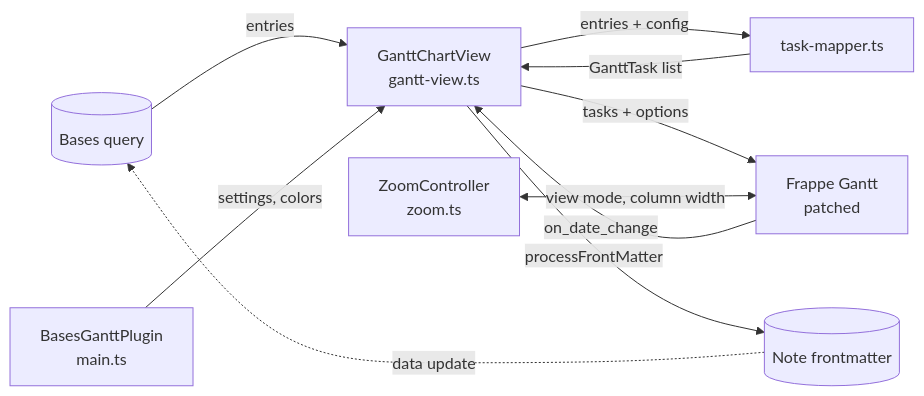
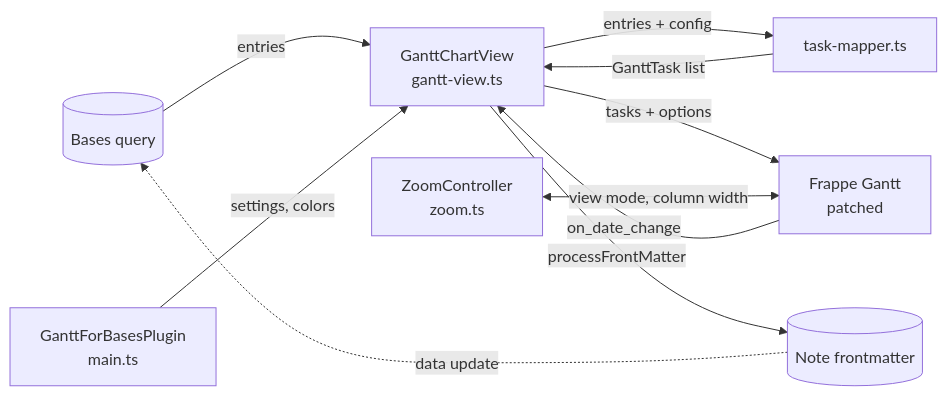
One commit to beathvn/obsidian-bases-gantt changed the diagram in docs/README.md. Above: the diagram before and after it, drawn with Mermaid. The commit also changed other lines of this file and 28 other files, not shown here.

````diff
--- a/docs/README.md
+++ b/docs/README.md
@@ -22,12 +22,12 @@
 ```mermaid
 flowchart LR
     Bases[(Bases query)] -->|entries| View[GanttChartView<br/>gantt-view.ts]
     View -->|entries + config| Mapper[task-mapper.ts]
     Mapper -->|GanttTask list| View
     View -->|tasks + options| Frappe[Frappe Gantt<br/>patched]
     Zoom[ZoomController<br/>zoom.ts] <-->|view mode, column width| Frappe
     Frappe -->|on_date_change| View
     View -->|processFrontMatter| Notes[(Note frontmatter)]
     Notes -.->|data update| Bases
-    Plugin[BasesGanttPlugin<br/>main.ts] -->|settings, colors| View
+    Plugin[GanttForBasesPlugin<br/>main.ts] -->|settings, colors| View
 ```
````
